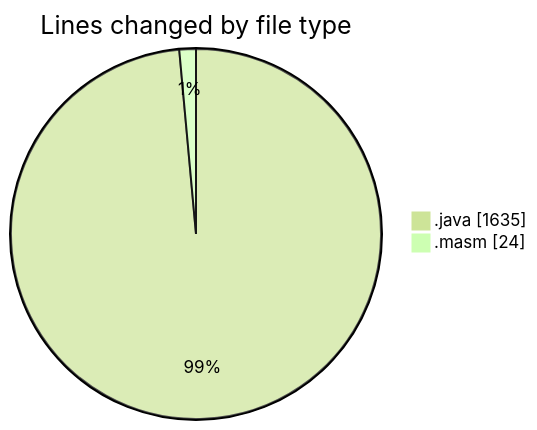
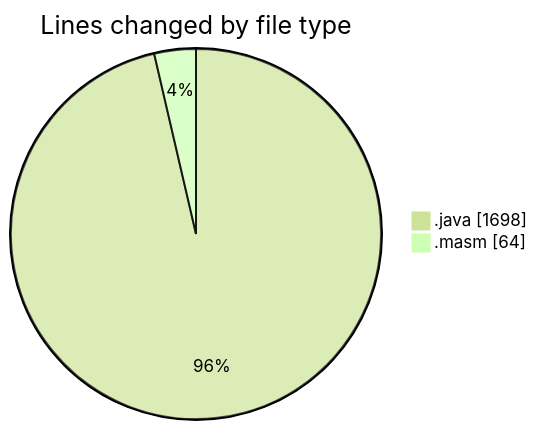
One commit to charlie-sans/code-tracking changed the first of 2 diagrams in 2025-02-19/masm/README.md. Above: the diagram before and after it, drawn with Mermaid (forest theme). The commit also changed other lines of this file and 1 other file, not shown here.

````diff
--- a/2025-02-19/masm/README.md
+++ b/2025-02-19/masm/README.md
@@ -23,6 +25,6 @@
 ```mermaid
 pie showData
 title Lines changed by file type
-".java" : 1635
-".masm" : 24
+".java" : 1698
+".masm" : 64
 ```
````
